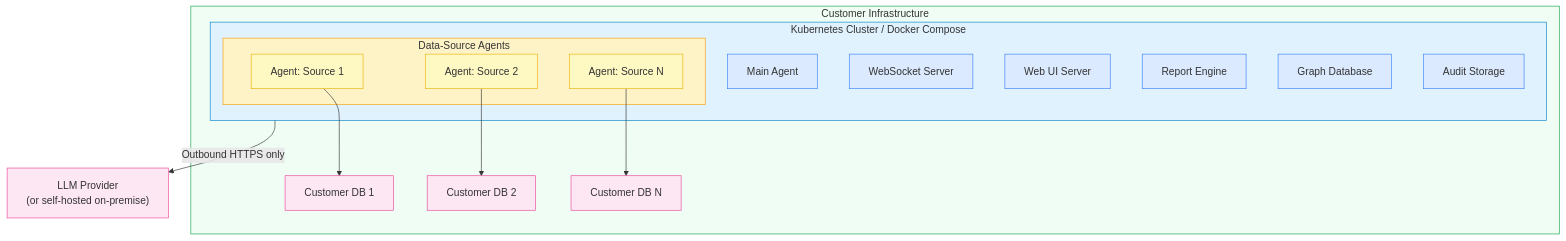
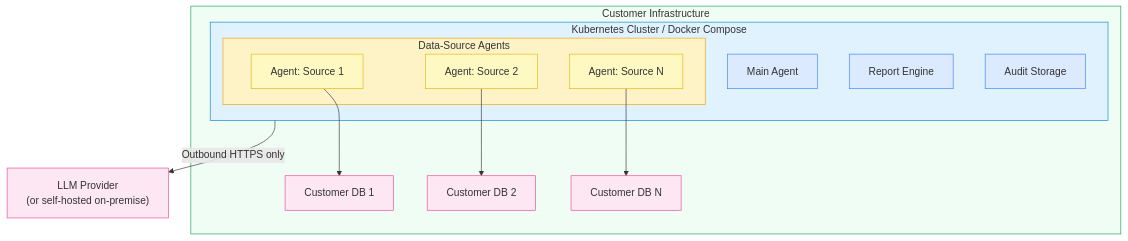
One commit to ashishsuperatom/tech-docs changed the diagram in implementation/infrastructure.mdx. Above: the diagram before and after it, drawn with Mermaid. The commit also changed other lines of this file and 1 other file, not shown here.

Commit message:
Move all sections to sidebar navigation, simplify infrastructure requirements
- Remove tabs array from mint.json so all sections appear as left sidebar menus
- Remove WebSocket Server, Web UI Server, and Graph Database from infrastructure requirements table and deployment diagram

````diff
--- a/implementation/infrastructure.mdx
+++ b/implementation/infrastructure.mdx
@@ -62,46 +59,40 @@
 ```mermaid
 flowchart TD
     subgraph INFRA["Customer Infrastructure"]
         subgraph CLUSTER["Kubernetes Cluster / Docker Compose"]
             MA["Main Agent"]
-            WS["WebSocket Server"]
-            UI["Web UI Server"]
             RE["Report Engine"]
-            GDB["Graph Database"]
             AS["Audit Storage"]
 
             subgraph AGENTS["Data-Source Agents"]
                 A1["Agent: Source 1"]
                 A2["Agent: Source 2"]
                 AN["Agent: Source N"]
             end
         end
 
         DB1["Customer DB 1"]
         DB2["Customer DB 2"]
         DBN["Customer DB N"]
 
         A1 --> DB1
         A2 --> DB2
         AN --> DBN
     end
 
     CLUSTER -->|"Outbound HTTPS only"| LLM["LLM Provider\n(or self-hosted on-premise)"]
 
     style INFRA fill:#f0fdf4,stroke:#16a34a
     style CLUSTER fill:#e0f2fe,stroke:#0284c7
     style AGENTS fill:#fef3c7,stroke:#f59e0b
     style LLM fill:#fce7f3,stroke:#ec4899
     style MA fill:#dbeafe,stroke:#3b82f6
-    style WS fill:#dbeafe,stroke:#3b82f6
-    style UI fill:#dbeafe,stroke:#3b82f6
     style RE fill:#dbeafe,stroke:#3b82f6
-    style GDB fill:#dbeafe,stroke:#3b82f6
     style AS fill:#dbeafe,stroke:#3b82f6
     style A1 fill:#fef9c3,stroke:#eab308
     style A2 fill:#fef9c3,stroke:#eab308
     style AN fill:#fef9c3,stroke:#eab308
     style DB1 fill:#fce7f3,stroke:#ec4899
     style DB2 fill:#fce7f3,stroke:#ec4899
     style DBN fill:#fce7f3,stroke:#ec4899
 ```
````
